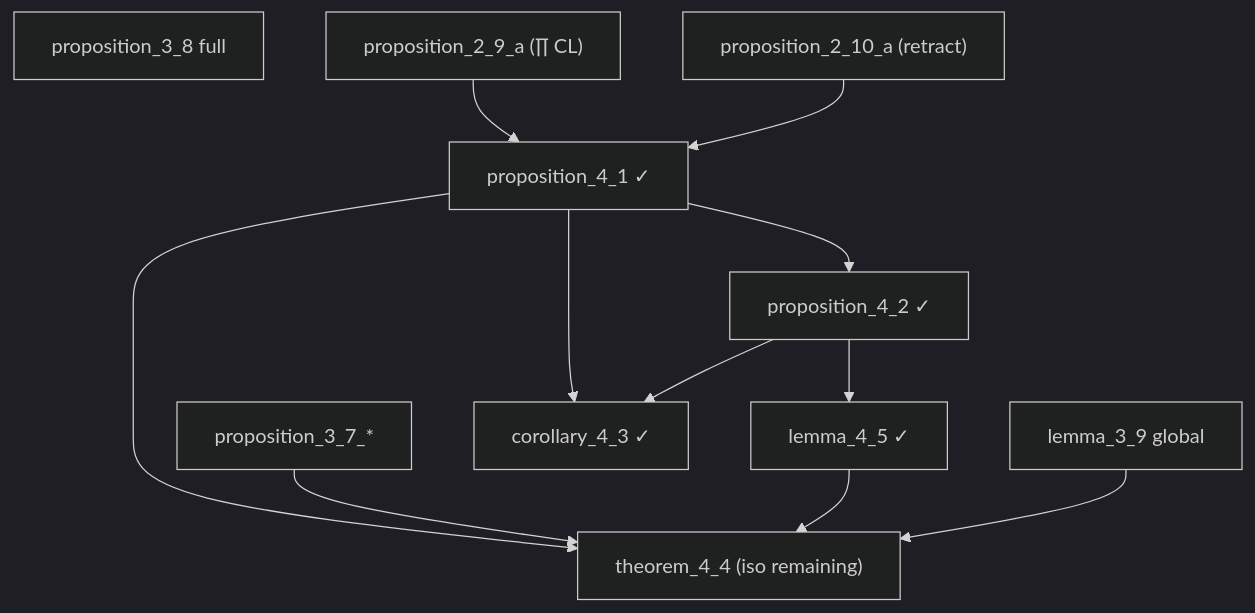
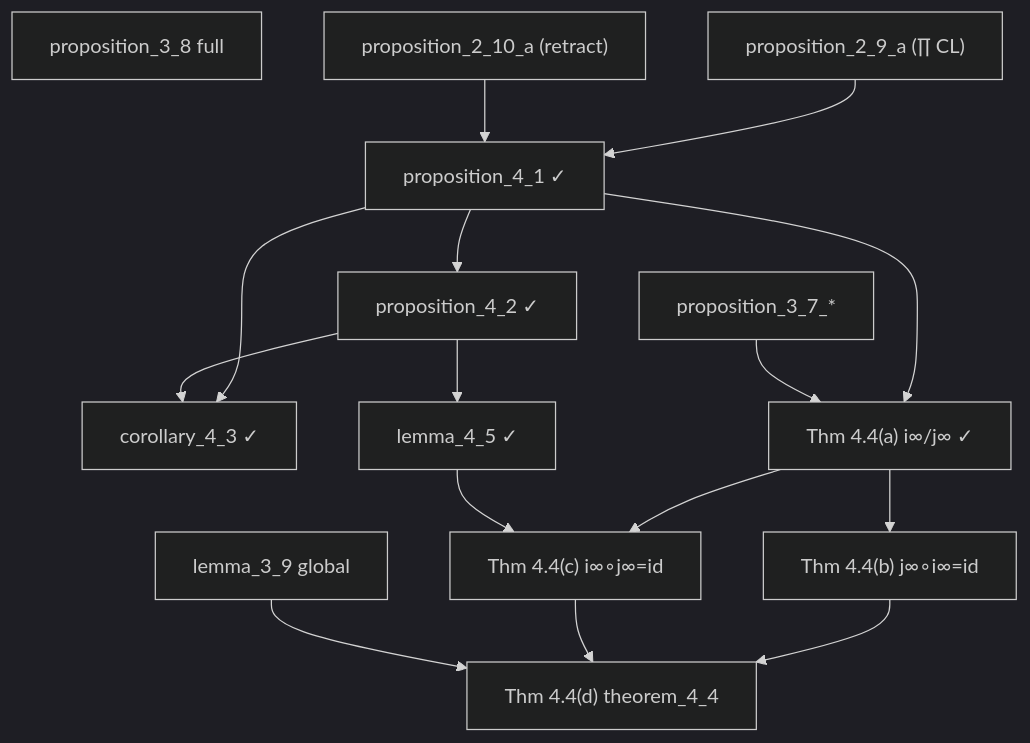
The sixth of 8 diagrams in arxiv.md (catskillsresearch/domain_theory), drawn with Mermaid (dark theme) before and after one commit. The commit also changed other lines of this file and 2 other files, not shown here.

First line of the commit message:
feat(Handoff): update Theorem 4.4 progress and report card

````diff
--- a/arxiv.md
+++ b/arxiv.md
@@ -386,24 +393,31 @@
 ```mermaid
 flowchart TD
   P38["proposition_3_8 full"]
   L39["lemma_3_9 global"]
   P37["proposition_3_7_*"]
   P29a["proposition_2_9_a (∏ CL)"]
   P210a["proposition_2_10_a (retract)"]
   P41["proposition_4_1 ✓"]
   P42["proposition_4_2 ✓"]
   C43["corollary_4_3 ✓"]
   L45["lemma_4_5 ✓"]
-  T44["theorem_4_4 (iso remaining)"]
+  T44a["Thm 4.4(a) i∞/j∞ ✓"]
+  T44b["Thm 4.4(b) j∞∘i∞=id"]
+  T44c["Thm 4.4(c) i∞∘j∞=id"]
+  T44d["Thm 4.4(d) theorem_4_4"]
 
   P29a --> P41
   P210a --> P41
   P41 --> P42
   P41 --> C43
   P42 --> C43
   P42 --> L45
-  P41 --> T44
-  P37 --> T44
-  L45 --> T44
-  L39 --> T44
+  P41 --> T44a
+  P37 --> T44a
+  T44a --> T44b
+  T44a --> T44c
+  L45 --> T44c
+  T44b --> T44d
+  T44c --> T44d
+  L39 --> T44d
 ```
````
